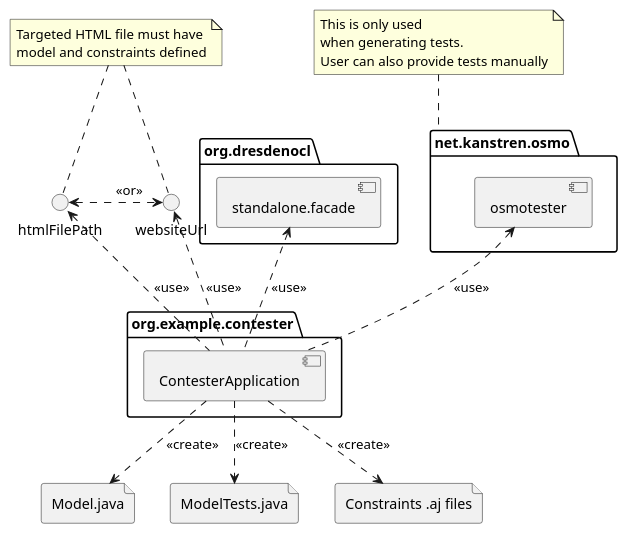
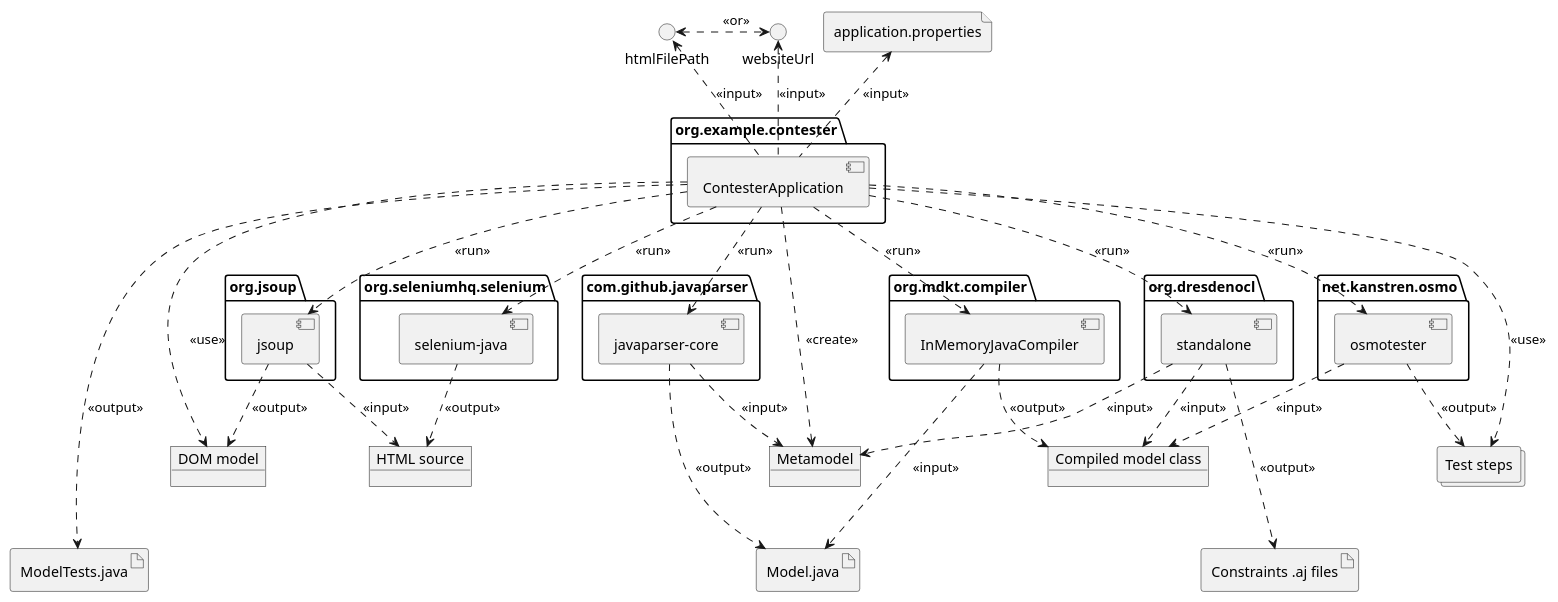
Before and after one commit to kwojcikowski/contester: the diagram in uml/contester-component-diagram.puml, drawn with PlantUML. The commit also changed 3 other files, not shown here.

Commit message:
Updated component and activity diagrams

```diff
--- a/uml/contester-component-diagram.puml
+++ b/uml/contester-component-diagram.puml
@@ -1,44 +1,106 @@
 @startuml contester-component-diagram
-package org.example.contester {
-    [ContesterApplication]
+allow_mixing
+
+package org.example.contester as contesterPackage {
+    component ContesterApplication
 }
 
-package org.dresdenocl {
-    [standalone.facade]
+package org.seleniumhq.selenium as seleniumPackage {
+    component "selenium-java" as selenium
 }
 
-package net.kanstren.osmo {
-    [osmotester]
+package org.jsoup as jsoupPackage {
+    component jsoup
 }
 
-note top of net.kanstren.osmo
-This is only used
-when generating tests.
-User can also provide tests manually
-end note
-
-note as htmlNote
-Targeted HTML file must have
-model and constraints defined
-end note
-
-file Model.java {
-}
-file ModelTests.java {
-}
-file "Constraints .aj files" as aj {
+package com.github.javaparser as parserPackage {
+    component "javaparser-core" as parser
 }
 
-htmlNote .. htmlFilePath
-htmlNote .. websiteUrl
-websiteUrl <.. [ContesterApplication]: <<use>>
-htmlFilePath <.. [ContesterApplication]: <<use>>
-htmlFilePath <.> websiteUrl: \t<<or>>\t
-[standalone.facade] <.. [ContesterApplication]: <<use>>
-[osmotester] <.. [ContesterApplication]: <<use>>
+package org.mdkt.compiler as compilerPackage {
+    component InMemoryJavaCompiler
+}
+
+package org.dresdenocl as oclPackage {
+    component standalone
+}
+
+package net.kanstren.osmo as osmoPackage {
+    component osmotester
+}
+
+'note as osmoNote
+'This is only used
+'when generating tests.
+'User can also provide tests manually
+'end note
+'
+'osmotester -u- osmoNote
+
+file application.properties as config {
+}
+artifact "Model.java" as artifactModel
+artifact "ModelTests.java" as artifactModelTests
+artifact "Constraints .aj files" as artifactAj
+
+'file "HTML file" as htmlFile
+circle websiteUrl
+circle htmlFilePath
+
+'note as htmlNote
+'Targeted HTML file must have
+'model and constraints defined
+'end note
+
+'htmlFile <.. websiteUrl: points to
+'htmlFile <.. htmlFilePath: points to
+'htmlNote .r. htmlFile
 
 
-[ContesterApplication] ..> Model.java: <<create>>
-[ContesterApplication] ..> ModelTests.java: <<create>>
-[ContesterApplication] ..> aj: <<create>>
+object "HTML source" as htmlSource
+object "DOM model" as domModel
+object "Metamodel" as metamodel
+object "Compiled model class" as compiledModel
+collections "Test steps" as testSteps
+
+' Inputs
+config <.. ContesterApplication : <<input>>
+websiteUrl <.. ContesterApplication: <<input>>
+htmlFilePath <.. ContesterApplication: <<input>>
+htmlFilePath <.> websiteUrl: \t<<or>>\t
+
+' HTML file retrieve
+ContesterApplication ..> selenium: <<run>>
+selenium ..> htmlSource: <<output>>
+
+' HTML parse into metamodel
+ContesterApplication .d.> jsoup: <<run>>
+jsoup ..> htmlSource: <<input>>
+jsoup ..> domModel: <<output>>
+ContesterApplication .d.> domModel: <<use>>
+ContesterApplication ..> metamodel: <<create>>
+
+' Generate java model
+ContesterApplication ..> parser: <<run>>
+parser ..> metamodel: <<input>>
+parser ..> artifactModel: <<output>>
+
+' Compile java model
+ContesterApplication ..> InMemoryJavaCompiler: <<run>>
+InMemoryJavaCompiler ...> artifactModel: <<input>>
+InMemoryJavaCompiler ..> compiledModel: <<output>>
+
+' Generate AspectJ
+ContesterApplication ..> standalone: <<run>>
+standalone ..> compiledModel: <<input>>
+standalone ..> metamodel: <<input>>
+standalone ...> artifactAj: <<output>>
+
+' Generate test cases
+ContesterApplication ..> osmotester: <<run>>
+osmotester ..> compiledModel: <<input>>
+osmotester ..> testSteps: <<output>>
+ContesterApplication ..> testSteps: <<use>>
+ContesterApplication ....> artifactModelTests: <<output>>
+
 @enduml
```
